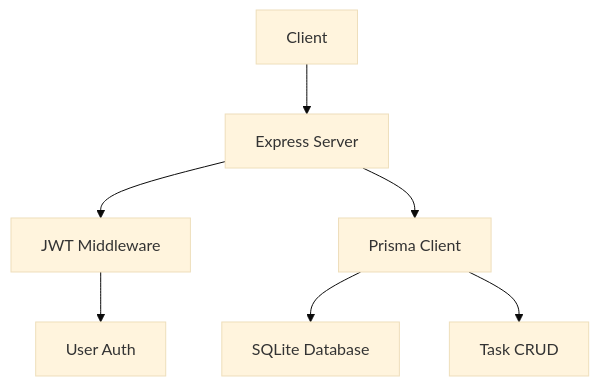
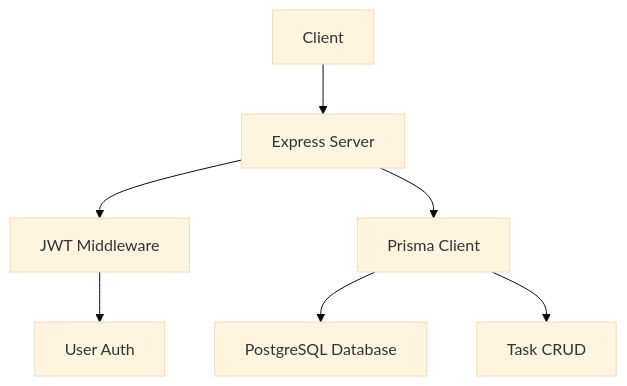
The diagram in README.md (lmb105l/task-manager-api), drawn with Mermaid (base theme) before and after one commit. The commit also changed other lines of this file, not shown here.

Commit message:
Update README: PostgreSQL, env vars, DATABASE_URL format

````diff
--- a/README.md
+++ b/README.md
@@ -7,9 +7,9 @@
 ```mermaid
 graph TB
     A[Client] --> B[Express Server]
     B --> C[JWT Middleware]
     B --> D[Prisma Client]
-    D --> E[SQLite Database]
+    D --> E[PostgreSQL Database]
     C --> F[User Auth]
     D --> G[Task CRUD]
 ```
````
